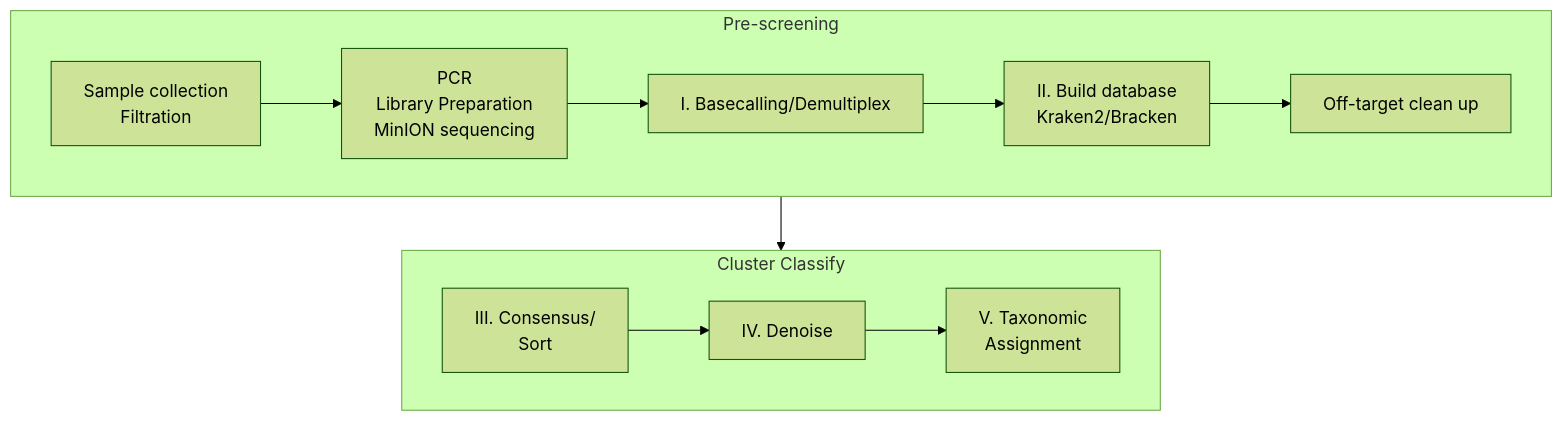
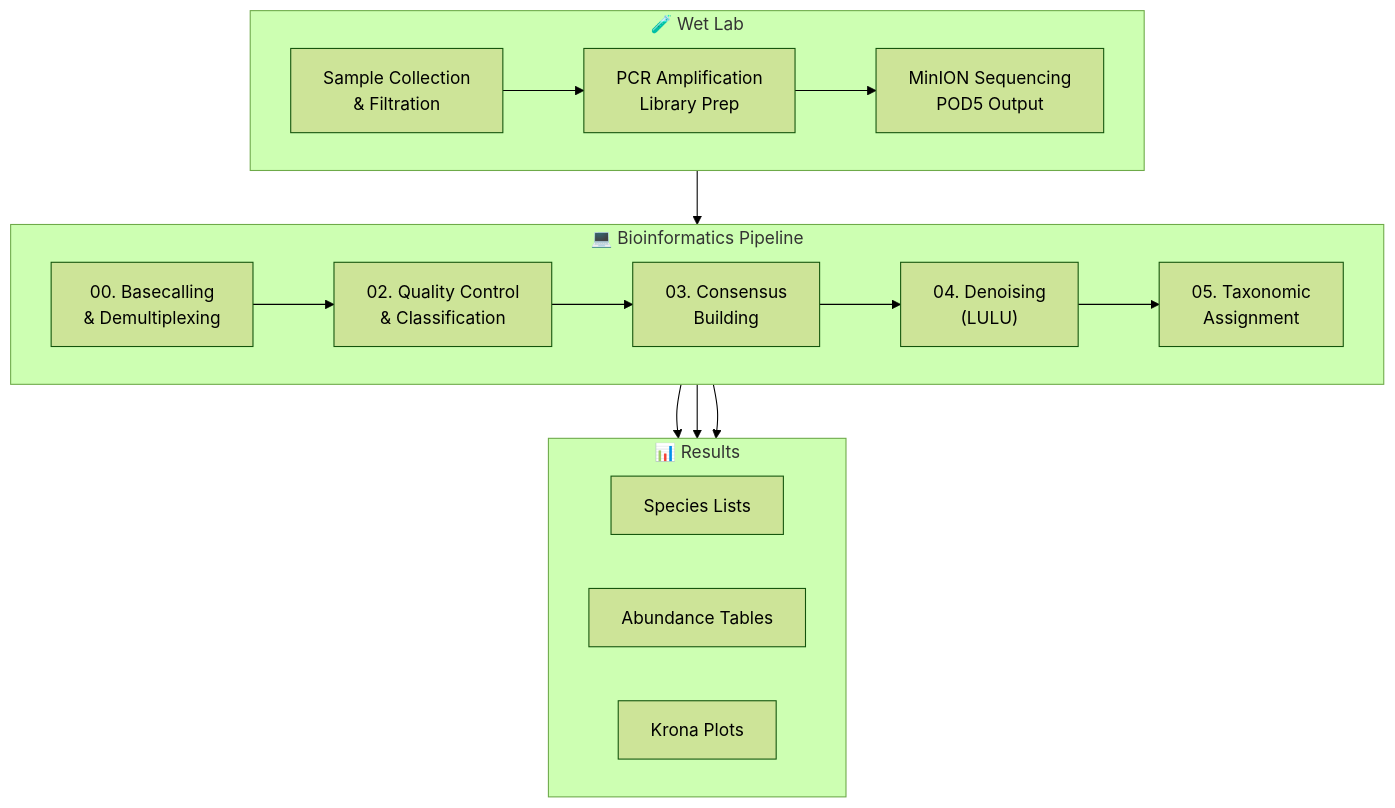
Before and after one commit to piedna/DeCodeDNA: the diagram in README.md, drawn with Mermaid (forest theme). The commit also changed other lines of this file, not shown here.

````diff
--- a/README.md
+++ b/README.md
@@ -86,25 +87,36 @@
 ```mermaid
 flowchart TB
-  %% Top row: Wet lab → Basecalling → Quick Look
-  subgraph Pre-screening
+  %% Sample to sequencing
+  subgraph wet ["🧪 Wet Lab"]
     direction LR
-    A["Sample collection<br>Filtration"] 
-    B["PCR<br>Library Preparation<br>MinION sequencing"]
-    C["I. Basecalling/Demultiplex"]
-    D["II. Build database<br>Kraken2/Bracken"]
-    E["Off-target clean up"]
-    A --> B --> C --> D --> E
+    A["Sample Collection<br/>& Filtration"] 
+    B["PCR Amplification<br/>Library Prep"]
+    C["MinION Sequencing<br/>POD5 Output"]
+    A --> B --> C
   end
 
-  %% Bottom row: Consensus → Denoise → Taxonomy
-  subgraph Cluster   Classify
+  %% Bioinformatics pipeline  
+  subgraph bio ["💻 Bioinformatics Pipeline"]
     direction LR
-    F["III. Consensus/<br>Sort"]
-    G["IV. Denoise"]
-    H["V. Taxonomic<br>Assignment"]
-    F --> G --> H
+    D["00. Basecalling<br/>& Demultiplexing"]
+    E["02. Quality Control<br/>& Classification"]
+    F["03. Consensus<br/>Building"]
+    G["04. Denoising<br/>(LULU)"]
+    H["05. Taxonomic<br/>Assignment"]
+    D --> E --> F --> G --> H
   end
 
-  %% Connect the two rows
-  E --> F
+  %% Connect wet lab to bioinformatics
+  C --> D
+
+  %% Outputs
+  subgraph out ["📊 Results"]
+    direction LR
+    I["Species Lists"]
+    J["Abundance Tables"] 
+    K["Krona Plots"]
+    H --> I
+    H --> J  
+    H --> K
+  end
 ```
````
